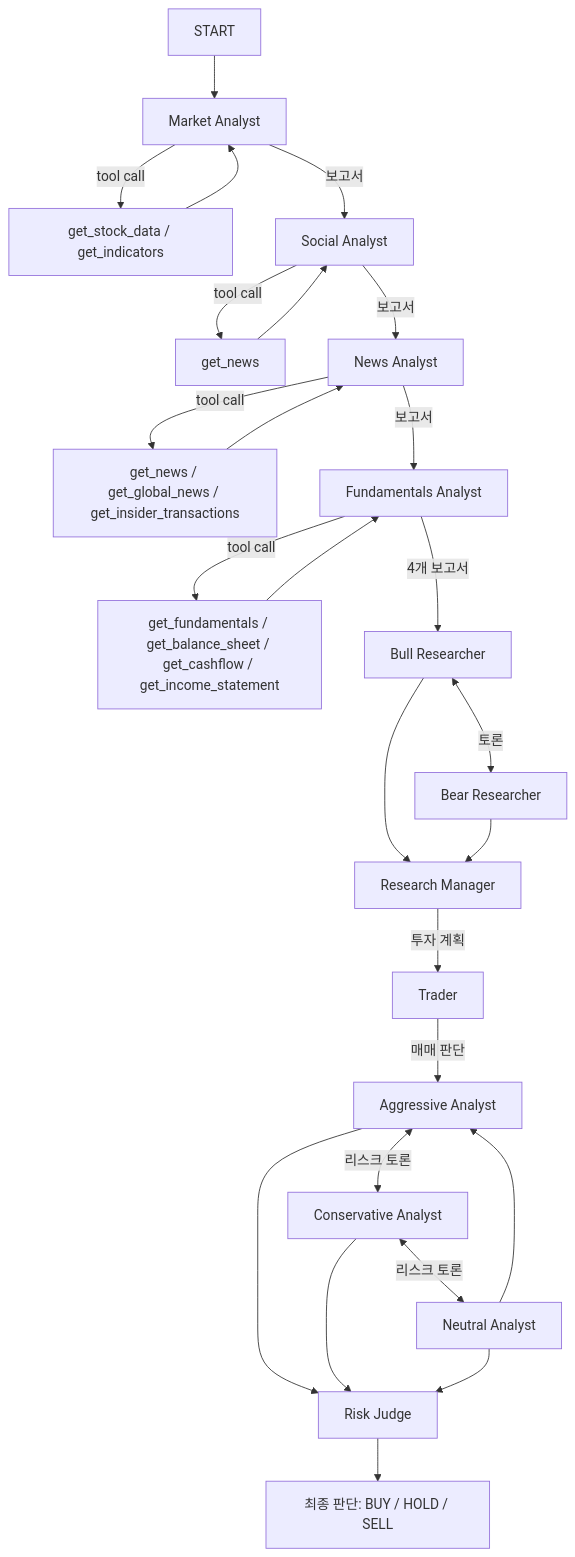
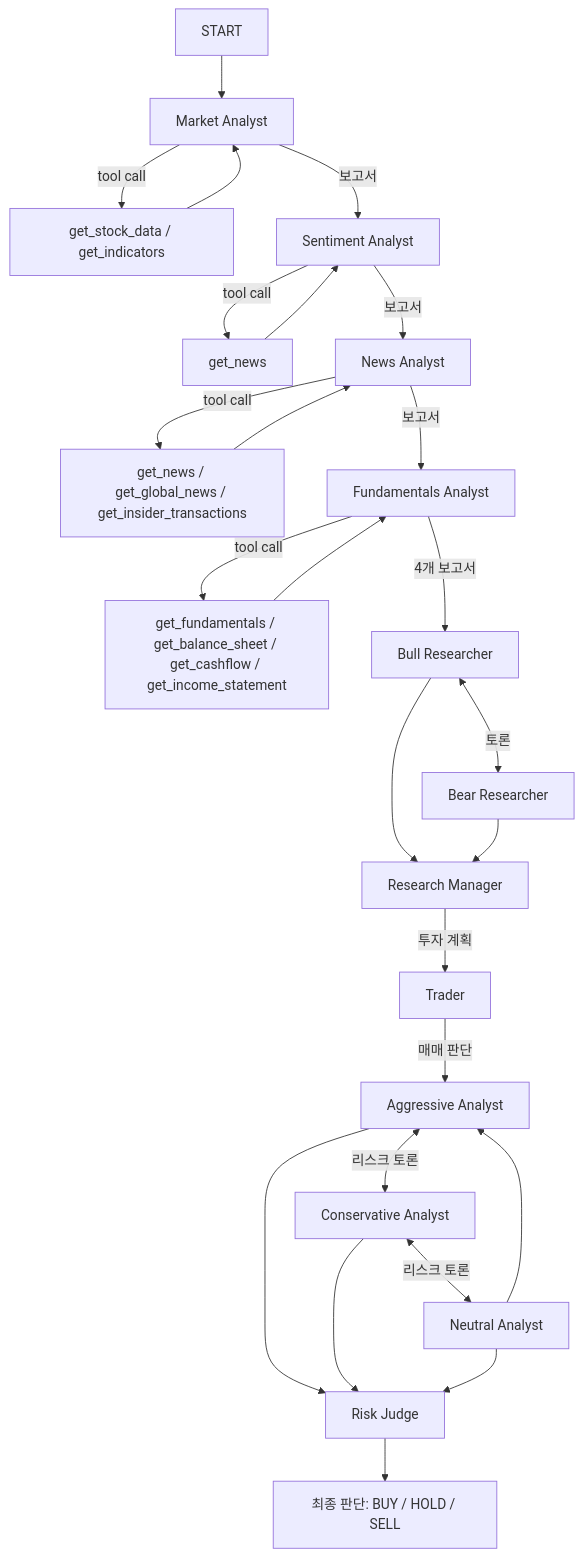
The diagram in README.md (samdae/gant), drawn with Mermaid before and after one commit. The commit also changed other lines of this file, not shown here.

First line of the commit message:
docs: clarify agent names, fix Social→Sentiment, show all 12 agents

````diff
--- a/README.md
+++ b/README.md
@@ -151,28 +161,28 @@
 ```mermaid
 graph TD
     START --> MA["Market Analyst"]
     MA -->|tool call| T1["get_stock_data / get_indicators"]
     T1 --> MA
-    MA -->|보고서| SA["Social Analyst"]
+    MA -->|보고서| SA["Sentiment Analyst"]
     SA -->|tool call| T2["get_news"]
     T2 --> SA
     SA -->|보고서| NA["News Analyst"]
     NA -->|tool call| T3["get_news / get_global_news / get_insider_transactions"]
     T3 --> NA
     NA -->|보고서| FA["Fundamentals Analyst"]
     FA -->|tool call| T4["get_fundamentals / get_balance_sheet / get_cashflow / get_income_statement"]
     T4 --> FA
     FA -->|4개 보고서| BULL["Bull Researcher"]
     BULL <-->|토론| BEAR["Bear Researcher"]
     BULL --> RM["Research Manager"]
     BEAR --> RM
     RM -->|투자 계획| TRADER["Trader"]
     TRADER -->|매매 판단| AGG["Aggressive Analyst"]
     AGG <-->|리스크 토론| CON["Conservative Analyst"]
     CON <-->|리스크 토론| NEU["Neutral Analyst"]
     NEU --> AGG
     AGG --> RJ["Risk Judge"]
     CON --> RJ
     NEU --> RJ
     RJ --> END["최종 판단: BUY / HOLD / SELL"]
 ```
````
